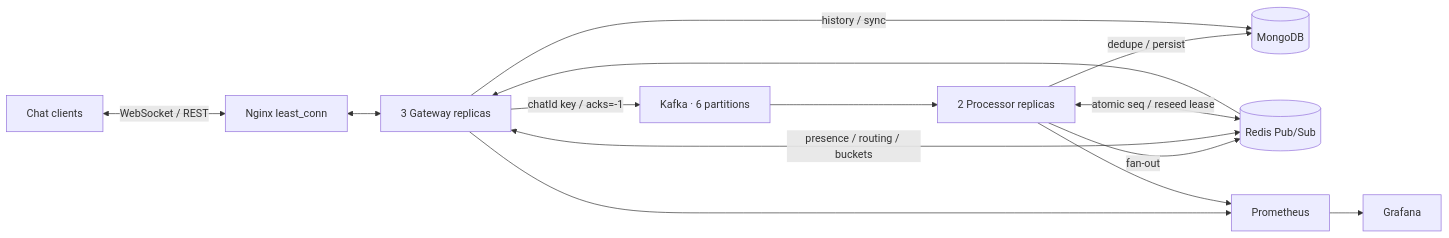
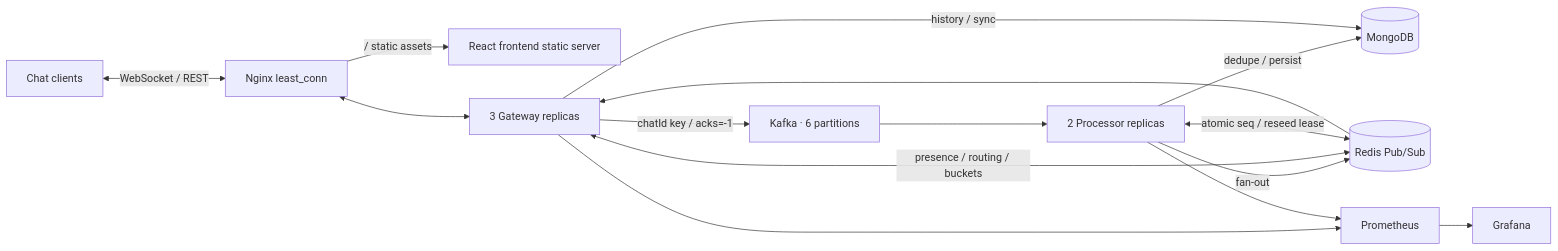
The diagram in README.md (ShlokMaharwal/PulseChat), drawn with Mermaid before and after one commit. The commit also changed other lines of this file, not shown here.

````diff
--- a/README.md
+++ b/README.md
@@ -9,16 +9,17 @@
 ```mermaid
 flowchart LR
     C[Chat clients] <-->|WebSocket / REST| N[Nginx least_conn]
+    N -->|/ static assets| F[React frontend static server]
     N <--> G[3 Gateway replicas]
     G -->|chatId key / acks=-1| K[Kafka · 6 partitions]
     K --> P[2 Processor replicas]
     P -->|dedupe / persist| M[(MongoDB)]
     P -->|fan-out| R[(Redis Pub/Sub)]
     R --> G
     G <-->|presence / routing / buckets| R
     P <-->|atomic seq / reseed lease| R
     G -->|history / sync| M
     G --> PM[Prometheus]
     P --> PM
     PM --> GF[Grafana]
 ```
````
